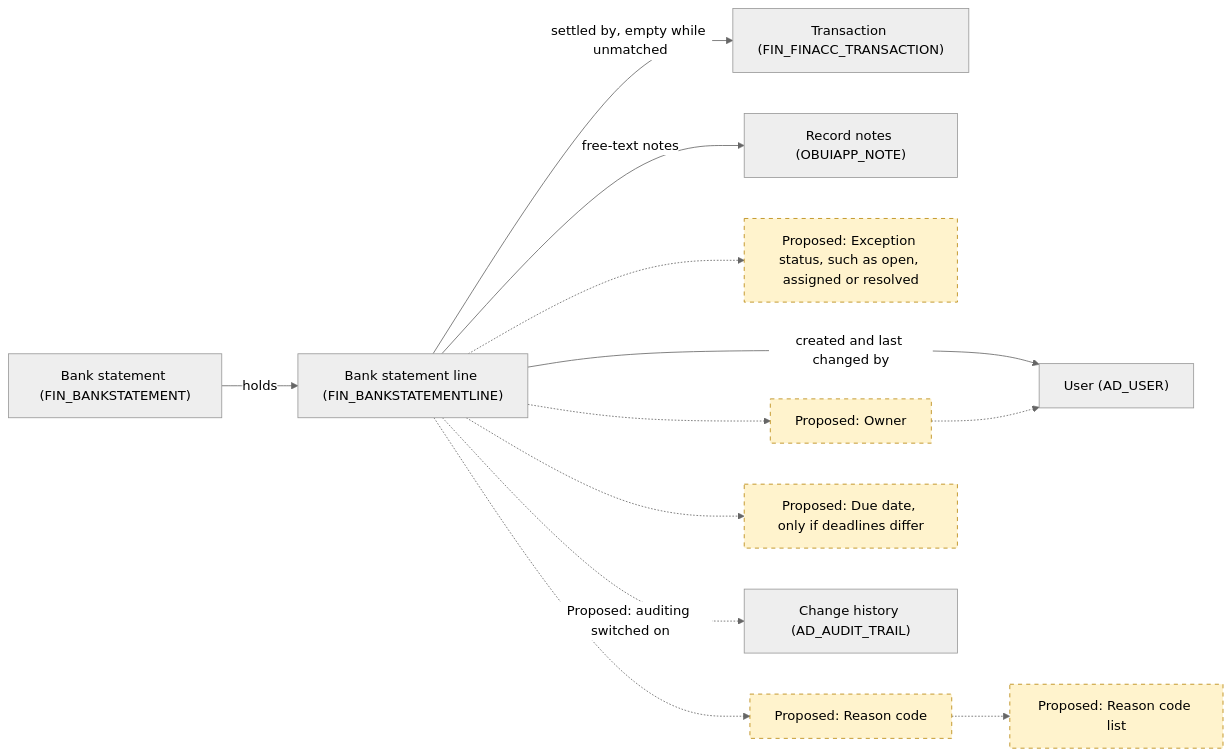
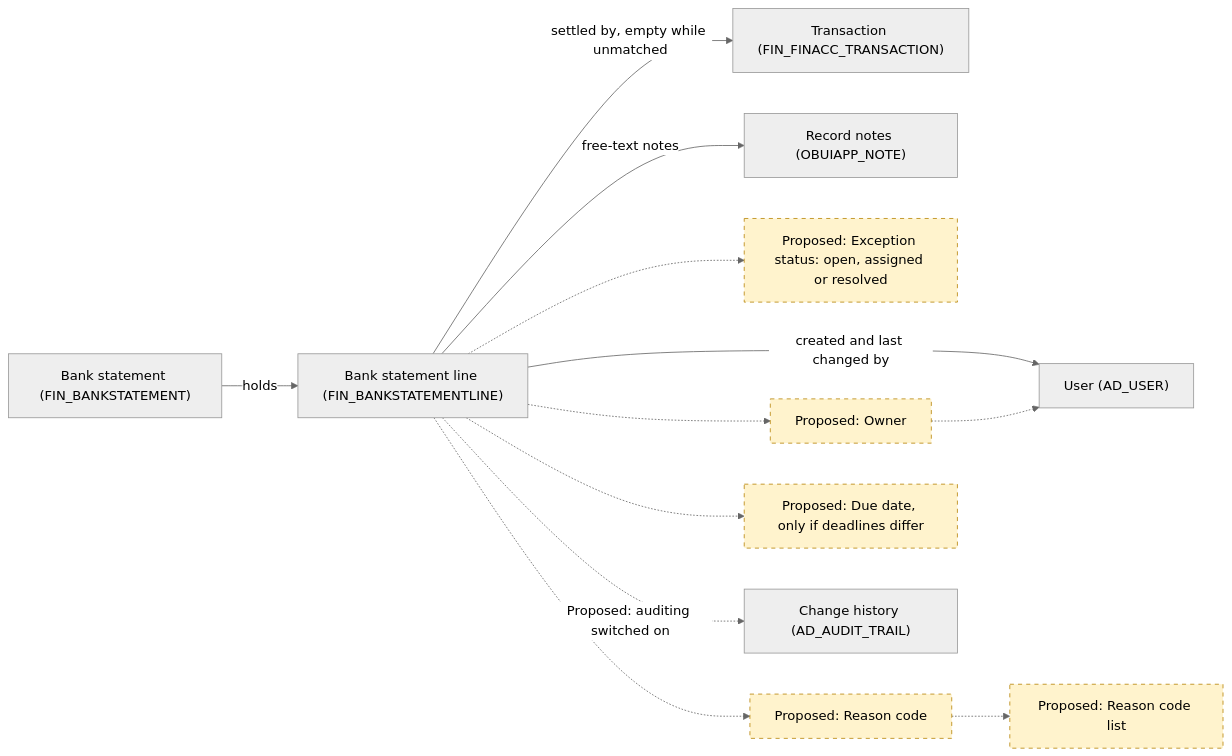
Before and after one commit to blitzy-public-samples/openbravo-erp: the third of 5 diagrams in docs/analysis/analysis-2-extension-points-and-risks.md, drawn with Mermaid (neutral theme). The commit also changed other lines of this file and 1 other file, not shown here.

````diff
--- a/docs/analysis/analysis-2-extension-points-and-risks.md
+++ b/docs/analysis/analysis-2-extension-points-and-risks.md
@@ -257,16 +233,16 @@
 ```mermaid
 flowchart LR
   BS["Bank statement (FIN_BANKSTATEMENT)"] -->|"holds"| L["Bank statement line (FIN_BANKSTATEMENTLINE)"]
   L -->|"settled by, empty while unmatched"| T["Transaction (FIN_FINACC_TRANSACTION)"]
   L -->|"created and last changed by"| U["User (AD_USER)"]
   L -->|"free-text notes"| N["Record notes (OBUIAPP_NOTE)"]
-  L -.-> ST["Proposed: Exception status, such as open, assigned or resolved"]
+  L -.-> ST["Proposed: Exception status: open, assigned or resolved"]
   L -.-> OW["Proposed: Owner"]
   OW -.-> U
   L -.-> RC["Proposed: Reason code"]
   RC -.-> RL["Proposed: Reason code list"]
   L -.-> DD["Proposed: Due date, only if deadlines differ"]
   L -.->|"Proposed: auditing switched on"| H["Change history (AD_AUDIT_TRAIL)"]
   classDef proposed stroke-dasharray: 5 5,fill:#fff3cd,stroke:#b8860b
   class ST,OW,RC,RL,DD proposed
 ```
````
